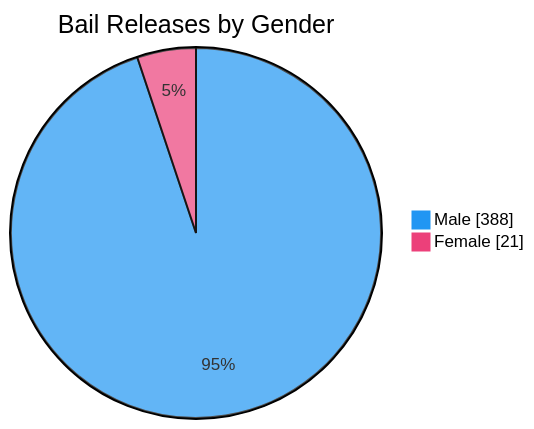
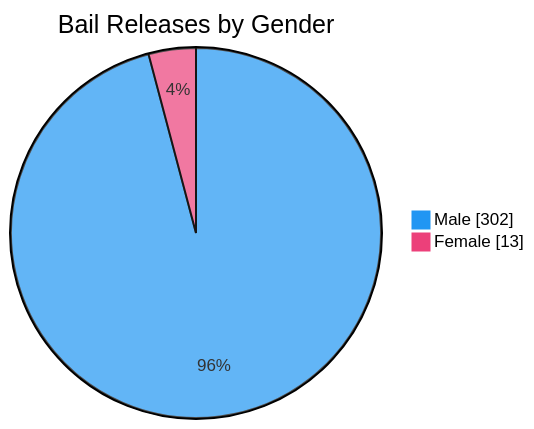
One commit to nuuuwan/lk_prisons changed the seventh of 7 diagrams in README.md. Above: the diagram before and after it, drawn with Mermaid. The commit also changed other lines of this file and 1 other file, not shown here.

````diff
--- a/README.md
+++ b/README.md
@@ -109,6 +109,6 @@
 ```mermaid
 %%{init: {'themeVariables': {'pie1': '#2196F3', 'pie2': '#EC407A'}}}%%
 pie showData title Bail Releases by Gender
-    "Male" : 388
-    "Female" : 21
+    "Male" : 302
+    "Female" : 13
 ```
````
